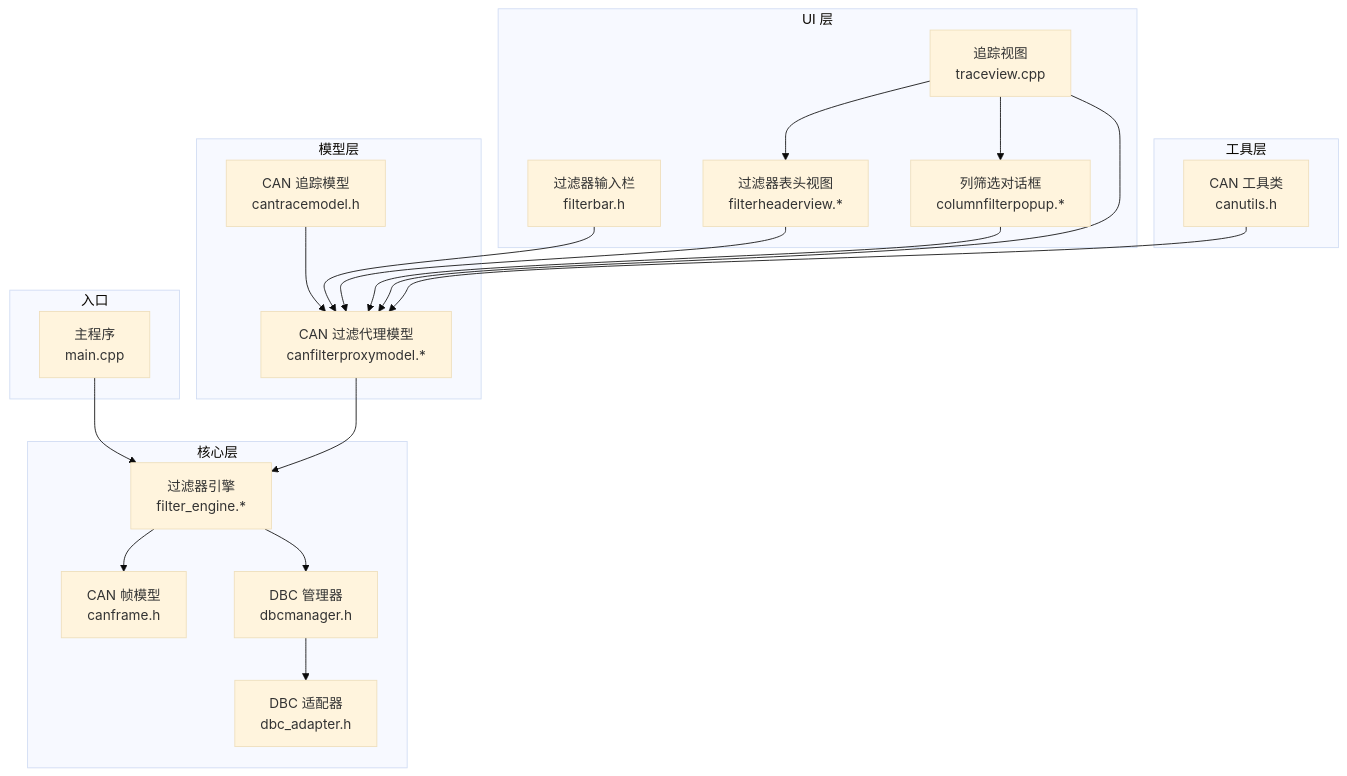
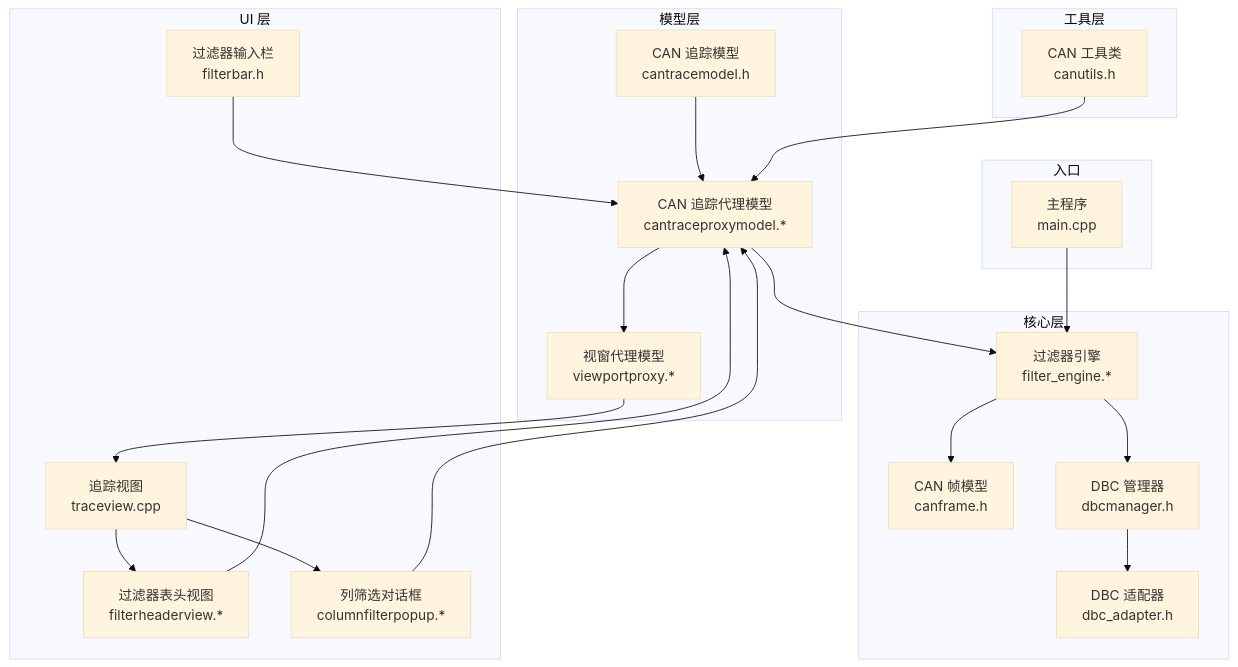
Before and after one commit to jakecai1225-design/OpenBus: the first of 4 diagrams in .qoder/repowiki/zh/content/核心模块详解/过滤器引擎/过滤器引擎.md, drawn with Mermaid (base theme). The commit also changed other lines of this file and 22 other files, not shown here.

Commit message:
trace graphic

````diff
--- a/.qoder/repowiki/zh/content/核心模块详解/过滤器引擎/过滤器引擎.md
+++ b/.qoder/repowiki/zh/content/核心模块详解/过滤器引擎/过滤器引擎.md
@@ -57,38 +59,40 @@
 ```mermaid
 graph TB
 subgraph "核心层"
 FE["过滤器引擎<br/>filter_engine.*"]
 CF["CAN 帧模型<br/>canframe.h"]
 DBCM["DBC 管理器<br/>dbcmanager.h"]
 DA["DBC 适配器<br/>dbc_adapter.h"]
 end
 subgraph "模型层"
-CPM["CAN 过滤代理模型<br/>canfilterproxymodel.*"]
+CTPM["CAN 追踪代理模型<br/>cantraceproxymodel.*"]
+VPM["视窗代理模型<br/>viewportproxy.*"]
 CTM["CAN 追踪模型<br/>cantracemodel.h"]
 end
 subgraph "UI 层"
 FB["过滤器输入栏<br/>filterbar.h"]
 FHV["过滤器表头视图<br/>filterheaderview.*"]
 CFP["列筛选对话框<br/>columnfilterpopup.*"]
 TV["追踪视图<br/>traceview.cpp"]
 end
 subgraph "工具层"
 CU["CAN 工具类<br/>canutils.h"]
 end
 subgraph "入口"
 MAIN["主程序<br/>main.cpp"]
 end
 MAIN --> FE
 FE --> CF
 FE --> DBCM
 DBCM --> DA
-CPM --> FE
-CTM --> CPM
-FB --> CPM
-FHV --> CPM
-CFP --> CPM
+CTPM --> FE
+CTM --> CTPM
+CTPM --> VPM
+VPM --> TV
+FB --> CTPM
+FHV --> CTPM
+CFP --> CTPM
 TV --> FHV
 TV --> CFP
-TV --> CPM
-CU --> CPM
+CU --> CTPM
 ```
````
